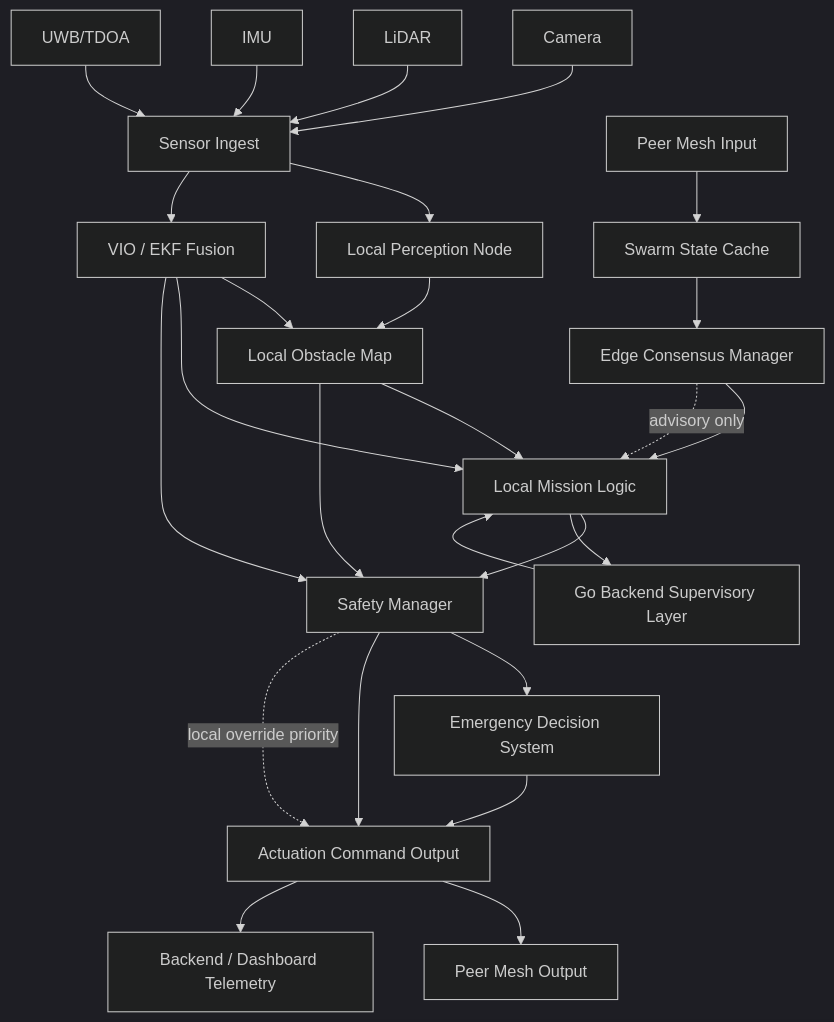
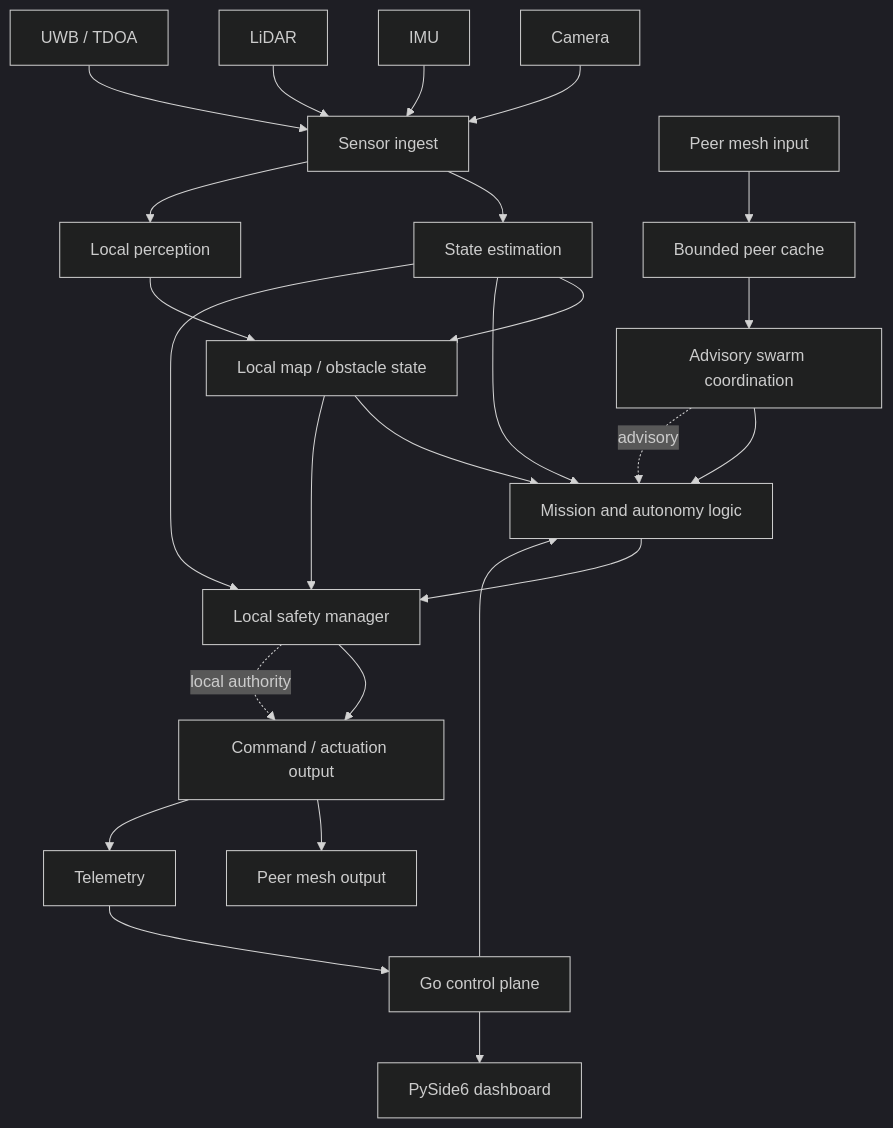
Before and after one commit to smshagor-dev/UVA-GPS-Denied-Navigation-in-Dynamic-Environments: the first of 2 diagrams in README.md, drawn with Mermaid (dark theme). The commit also changed other lines of this file and 674 other files, not shown here.

Commit message:
Implement GPS-denied UAV navigation, swarm coordination, validation, and release tooling

````diff
--- a/README.md
+++ b/README.md
@@ -240,36 +80,34 @@
 ```mermaid
 flowchart TD
-    CAM[Camera] --> SI[Sensor Ingest]
-    LIDAR[LiDAR] --> SI
-    IMU[IMU] --> SI
-    UWB[UWB/TDOA] --> SI
+    CAM[Camera] --> INGEST[Sensor ingest]
+    IMU[IMU] --> INGEST
+    LIDAR[LiDAR] --> INGEST
+    UWB[UWB / TDOA] --> INGEST
 
-    SI --> LP[Local Perception Node]
-    SI --> FUSION[VIO / EKF Fusion]
+    INGEST --> EST[State estimation]
+    INGEST --> PERCEPTION[Local perception]
 
-    LP --> MAP[Local Obstacle Map]
-    FUSION --> MAP
-    FUSION --> MISSION[Local Mission Logic]
+    EST --> MAP[Local map / obstacle state]
+    PERCEPTION --> MAP
+    EST --> MISSION[Mission and autonomy logic]
     MAP --> MISSION
 
-    PEER_IN[Peer Mesh Input] --> CACHE[Swarm State Cache]
-    CACHE --> CONSENSUS[Edge Consensus Manager]
-    CONSENSUS --> MISSION
+    PEERS[Peer mesh input] --> CACHE[Bounded peer cache]
+    CACHE --> COORD[Advisory swarm coordination]
+    COORD --> MISSION
 
-    MISSION --> SAFETY[Safety Manager]
+    MISSION --> SAFETY[Local safety manager]
+    EST --> SAFETY
     MAP --> SAFETY
-    FUSION --> SAFETY
 
-    SAFETY --> EMERGENCY[Emergency Decision System]
-    EMERGENCY --> ACT[Actuation Command Output]
-    SAFETY --> ACT
+    SAFETY --> OUTPUT[Command / actuation output]
+    OUTPUT --> PEER_TX[Peer mesh output]
+    OUTPUT --> TELEMETRY[Telemetry]
 
-    ACT --> PEER_OUT[Peer Mesh Output]
-    ACT --> TELEMETRY[Backend / Dashboard Telemetry]
+    TELEMETRY --> BACKEND[Go control plane]
+    BACKEND --> DASH[PySide6 dashboard]
+    BACKEND --> MISSION
 
-    BACKEND[Go Backend Supervisory Layer] --> MISSION
-    MISSION --> BACKEND
-
-    SAFETY -. local override priority .-> ACT
-    CONSENSUS -. advisory only .-> MISSION
+    SAFETY -. local authority .-> OUTPUT
+    COORD -. advisory .-> MISSION
 ```
````
